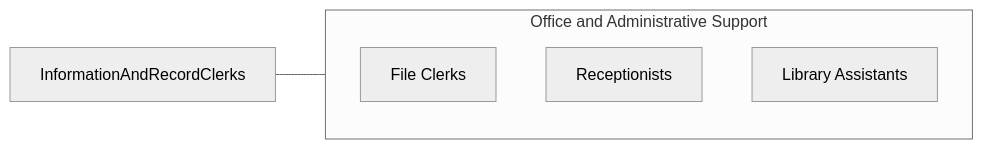
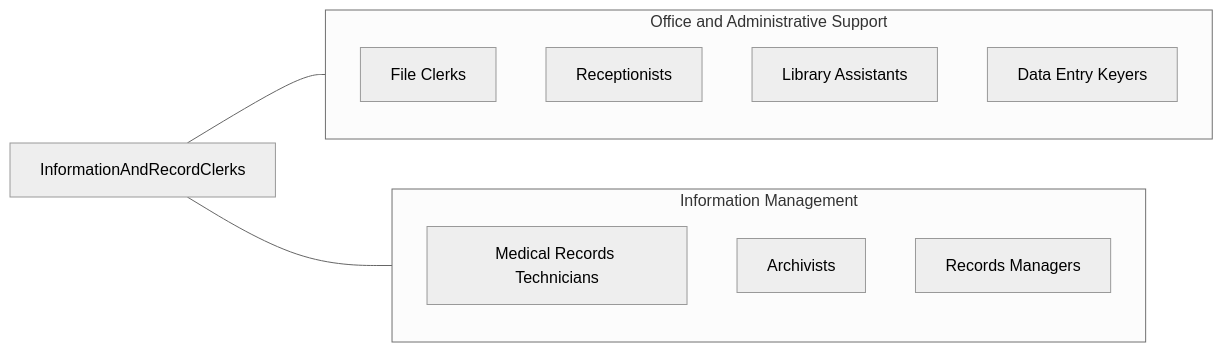
The fourth of 4 diagrams in occupations/Administrative/InformationAndRecordClerks.mdx (kziemski/business.org.ai), drawn with Mermaid (neutral theme) before and after one commit. The commit also changed other lines of this file and 19 other files, not shown here.

````diff
--- a/occupations/Administrative/InformationAndRecordClerks.mdx
+++ b/occupations/Administrative/InformationAndRecordClerks.mdx
@@ -99,10 +225,20 @@
 ```mermaid
 graph LR
     Current["InformationAndRecordClerks"]
+
     subgraph SameCategory["Office and Administrative Support"]
-        RFileClerks["File Clerks"]
-        RReceptionists["Receptionists"]
-        RLibraryAssistants["Library Assistants"]
+        FileClerks["File Clerks"]
+        Receptionists["Receptionists"]
+        LibraryAssistants["Library Assistants"]
+        DataEntryKeyers["Data Entry Keyers"]
     end
+
+    subgraph CrossFunctional["Information Management"]
+        MedicalRecordsTechs["Medical Records Technicians"]
+        Archivists["Archivists"]
+        RecordsManagers["Records Managers"]
+    end
+
     Current --- SameCategory
+    Current --- CrossFunctional
 ```
````
